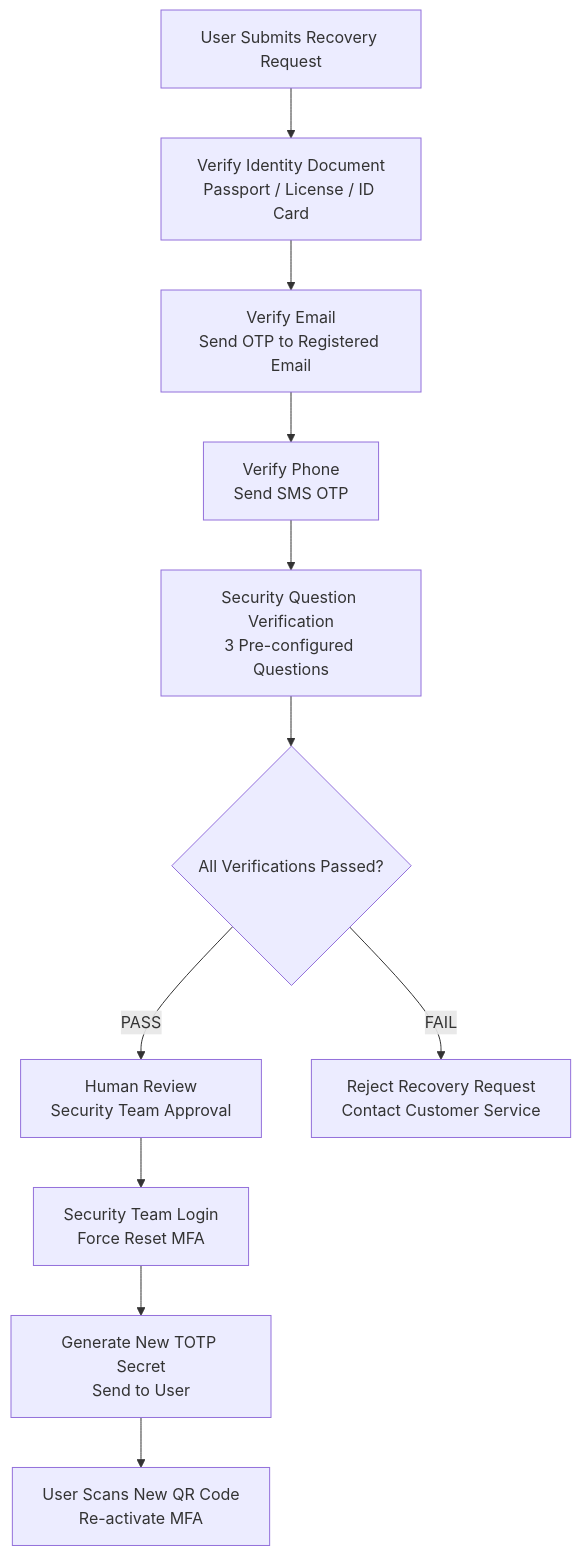
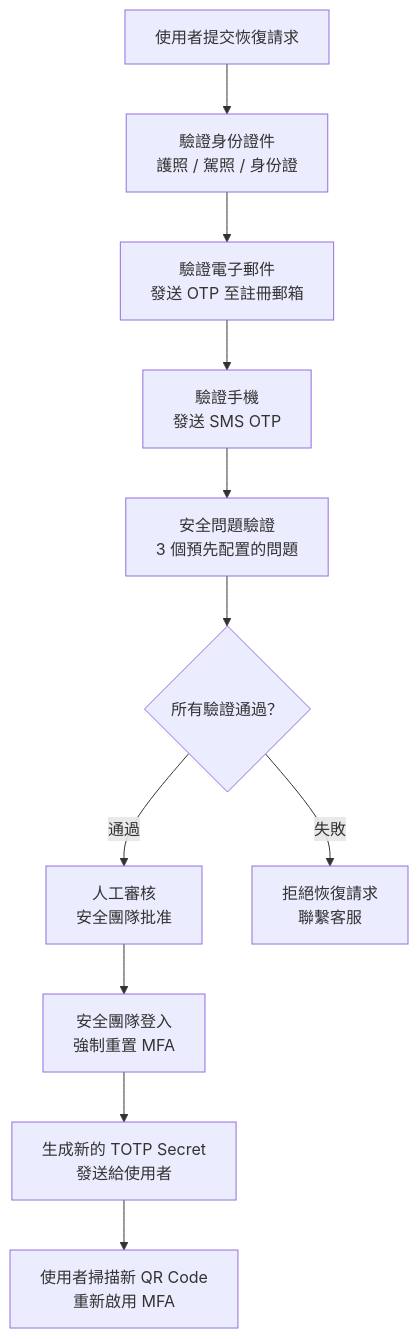
Before and after one commit to ron03wlb/smart-admin: the second of 4 diagrams in docs/iGaming/architecture/06_Platform_Core/MFA_Compliance_Validation.md, drawn with Mermaid. The commit also changed other lines of this file and 4 other files, not shown here.

````diff
--- a/docs/iGaming/architecture/06_Platform_Core/MFA_Compliance_Validation.md
+++ b/docs/iGaming/architecture/06_Platform_Core/MFA_Compliance_Validation.md
@@ -177,15 +177,15 @@
 ```mermaid
 graph TD
-    A[User Submits Recovery Request] --> B[Verify Identity Document<br/>Passport / License / ID Card]
-    B --> C[Verify Email<br/>Send OTP to Registered Email]
-    C --> D[Verify Phone<br/>Send SMS OTP]
-    D --> E[Security Question Verification<br/>3 Pre-configured Questions]
-    E --> F{All Verifications Passed?}
+    A[使用者提交恢復請求] --> B[驗證身份證件<br/>護照 / 駕照 / 身份證]
+    B --> C[驗證電子郵件<br/>發送 OTP 至註冊郵箱]
+    C --> D[驗證手機<br/>發送 SMS OTP]
+    D --> E[安全問題驗證<br/>3 個預先配置的問題]
+    E --> F{所有驗證通過？}
 
-    F -->|PASS| G[Human Review<br/>Security Team Approval]
-    F -->|FAIL| H[Reject Recovery Request<br/>Contact Customer Service]
+    F -->|通過| G[人工審核<br/>安全團隊批准]
+    F -->|失敗| H[拒絕恢復請求<br/>聯繫客服]
 
-    G --> I[Security Team Login<br/>Force Reset MFA]
-    I --> J[Generate New TOTP Secret<br/>Send to User]
-    J --> K[User Scans New QR Code<br/>Re-activate MFA]
+    G --> I[安全團隊登入<br/>強制重置 MFA]
+    I --> J[生成新的 TOTP Secret<br/>發送給使用者]
+    J --> K[使用者掃描新 QR Code<br/>重新啟用 MFA]
 ```
````
